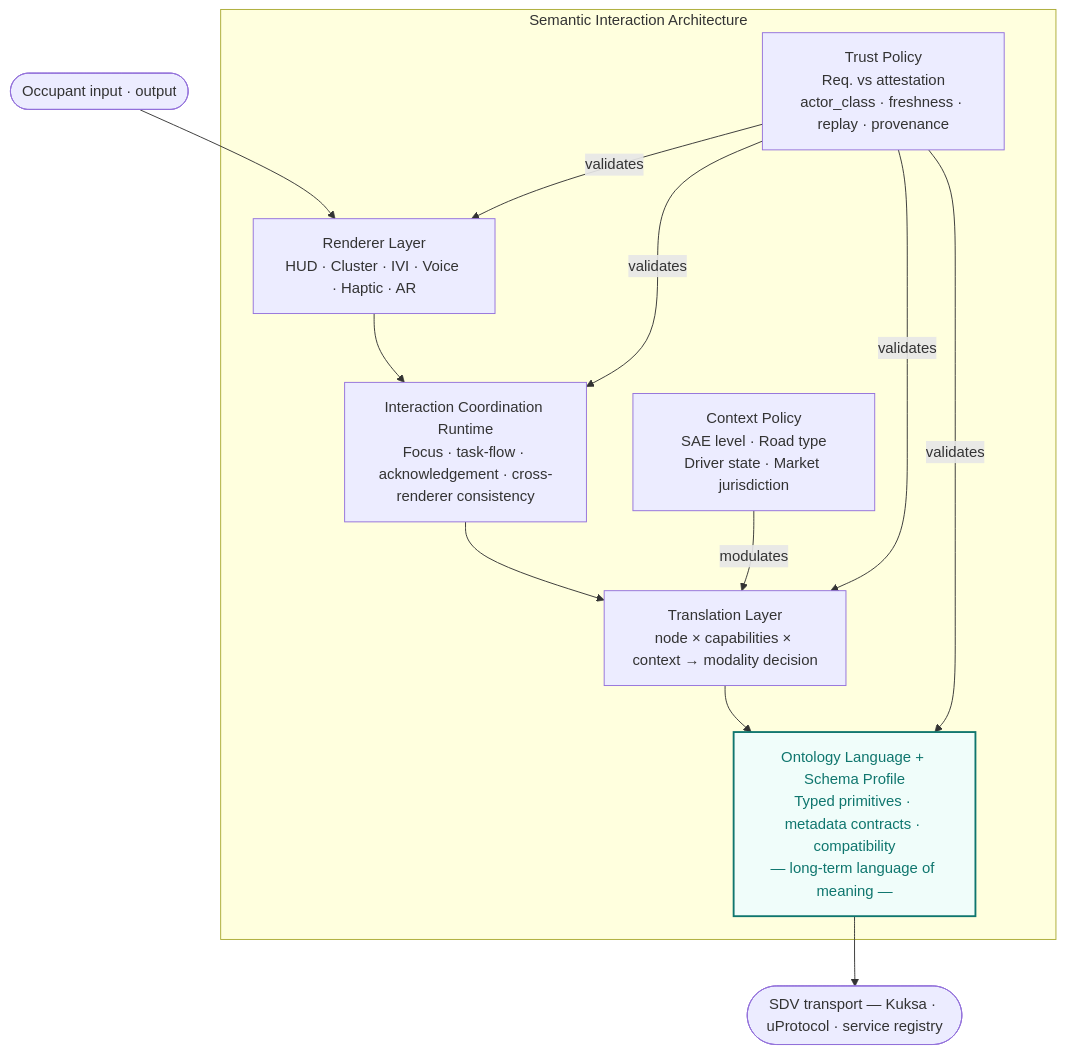
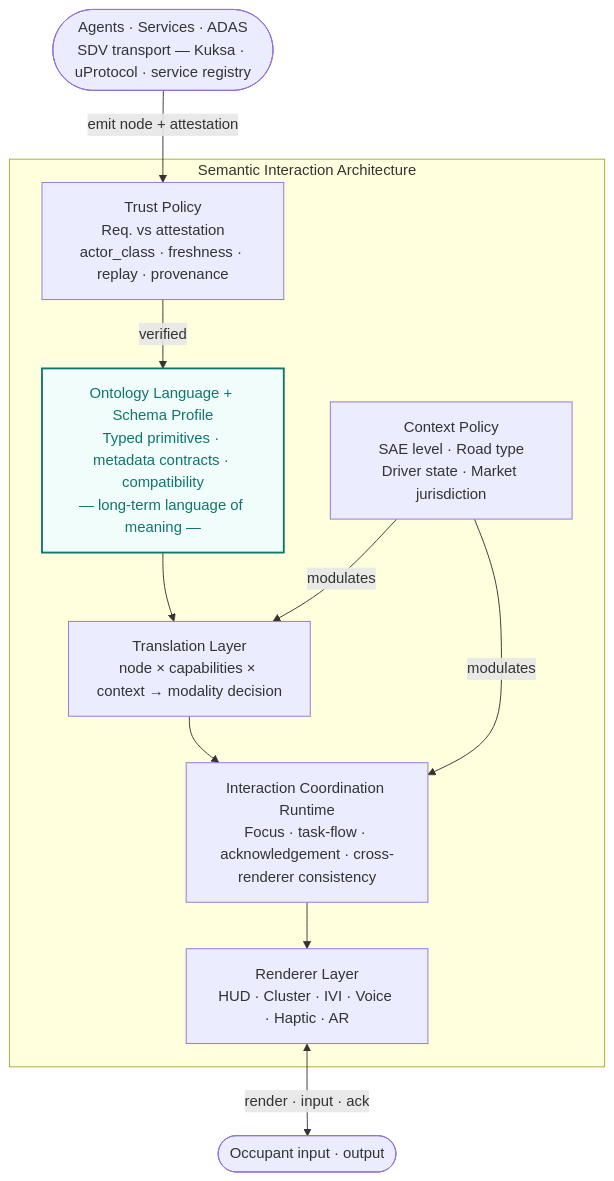
One commit to yaneczech/SIA changed the first of 3 diagrams in 03_WiP-AutomotiveUI2026.md. Above: the diagram before and after it, drawn with Mermaid. The commit also changed other lines of this file and 2 other files, not shown here.

Commit message:
Redesign mediation architecture diagram (Fig 2 / WiP Fig 1)
Flow now shows runtime direction: Agents/ADAS → Trust Policy (gate) →
Ontology → Translation → Runtime → Renderer ↔ Occupant.

Key changes:
- Trust Policy is a gate at SIA entry, not a multi-layer validator
- RT → R (Runtime directs Renderer, not the other way)
- Context Policy modulates both Translation and Runtime
- Agents/Services/ADAS added as explicit external producers
- Caption and §3 prose updated to match new flow logic in all three files

````diff
--- a/03_WiP-AutomotiveUI2026.md
+++ b/03_WiP-AutomotiveUI2026.md
@@ -44,27 +44,25 @@
 ```mermaid
 graph TB
+    EXT2(["Agents · Services · ADAS\nSDV transport — Kuksa · uProtocol · service registry"])
     EXT1(["Occupant input · output"])
-    EXT2(["SDV transport — Kuksa · uProtocol · service registry"])
 
     subgraph SIA ["Semantic Interaction Architecture"]
         TL["Trust Policy\nReq. vs attestation\nactor_class · freshness · replay · provenance"]
+        O["Ontology Language + Schema Profile\nTyped primitives · metadata contracts · compatibility\n— long-term language of meaning —"]
         CE["Context Policy\nSAE level · Road type\nDriver state · Market jurisdiction"]
+        T["Translation Layer\nnode × capabilities × context → modality decision"]
+        RT["Interaction Coordination Runtime\nFocus · task-flow · acknowledgement · cross-renderer consistency"]
         R["Renderer Layer\nHUD · Cluster · IVI · Voice · Haptic · AR"]
-        RT["Interaction Coordination Runtime\nFocus · task-flow · acknowledgement · cross-renderer consistency"]
-        T["Translation Layer\nnode × capabilities × context → modality decision"]
-        O["Ontology Language + Schema Profile\nTyped primitives · metadata contracts · compatibility\n— long-term language of meaning —"]
     end
 
-    EXT1 --> R
-    R --> RT
-    RT --> T
-    T --> O
-    O --> EXT2
+    EXT2 -->|"emit node + attestation"| TL
+    TL -->|"verified"| O
+    O --> T
     CE -->|"modulates"| T
-    TL -->|"validates"| R
-    TL -->|"validates"| RT
-    TL -->|"validates"| T
-    TL -->|"validates"| O
+    CE -->|"modulates"| RT
+    T --> RT
+    RT --> R
+    R <-->|"render · input · ack"| EXT1
 
     style O fill:#f0fdfa,stroke:#0f766e,stroke-width:2px,color:#0f766e
 ```
````
